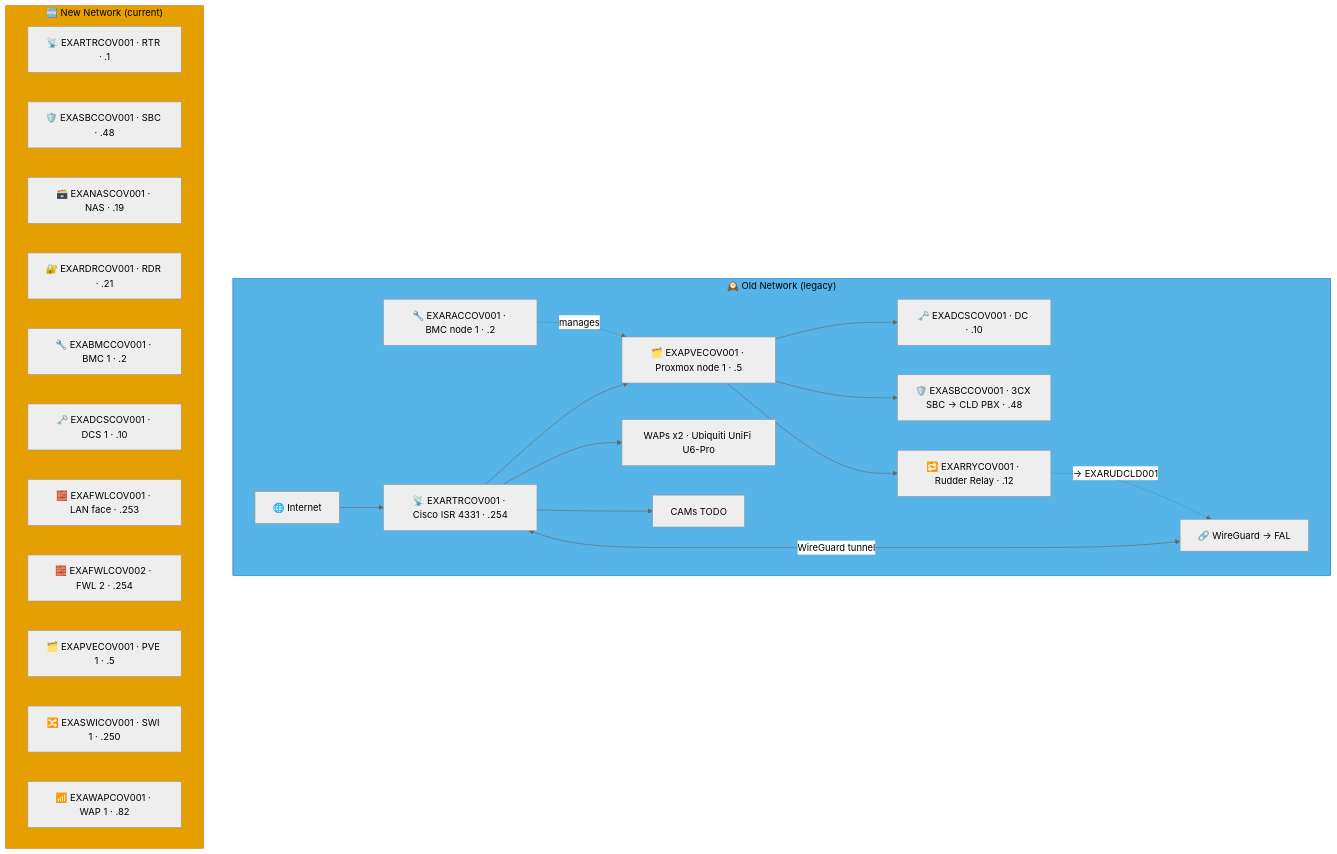
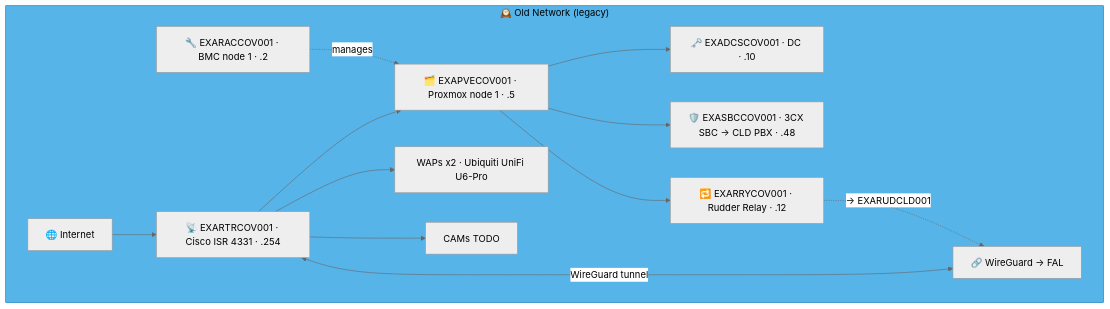
Diagram 17 of 18 in docs/network-diagram/england.md (knightmare2600/example_music_infra), drawn with Mermaid (neutral theme) before and after one commit. The commit also changed other lines of this file and 35 other files, not shown here.

````diff
--- a/docs/network-diagram/england.md
+++ b/docs/network-diagram/england.md
@@ -480,40 +688,24 @@
 ```mermaid
 graph TD
     subgraph OLD_COV ["🕰️ Old Network (legacy)"]
       INET["🌐 Internet"]
       RTR["📡 EXARTRCOV001 · Cisco ISR 4331 · .254"]
       RAC["🔧 EXARACCOV001 · BMC node 1 · .2"]
       PVE["🗂️ EXAPVECOV001 · Proxmox node 1 · .5"]
       DC["🗝️ EXADCSCOV001 · DC · .10"]
       SBC["🛡️ EXASBCCOV001 · 3CX SBC → CLD PBX · .48"]
       RRY["🔁 EXARRYCOV001 · Rudder Relay · .12"]
       WAP["WAPs x2 · Ubiquiti UniFi U6-Pro"]
       CAM["CAMs TODO"]
       VPN["🔗 WireGuard → FAL"]
 
       INET --> RTR --> PVE --> DC & SBC
       RAC -.->|"manages"| PVE
       RTR --> WAP & CAM
       RTR <-->|"WireGuard tunnel"| VPN
 
       PVE --> RRY
       RRY -. "→ EXARUDCLD001" .-> VPN
     end
     style OLD_COV fill:#56B4E9,stroke:#0072B2,color:#000000
-    %% GENERATED:NEW-NETWORK:COV:START
-    subgraph NEW_COV ["🆕 New Network (current)"]
-      N_RTR["📡 EXARTRCOV001 · RTR · .1"]
-      N_SBC["🛡️ EXASBCCOV001 · SBC · .48"]
-      N_NAS["🗃️ EXANASCOV001 · NAS · .19"]
-      N_RDR["🔐 EXARDRCOV001 · RDR · .21"]
-      N_BMC["🔧 EXABMCCOV001 · BMC 1 · .2"]
-      N_DCS["🗝️ EXADCSCOV001 · DCS 1 · .10"]
-      N_FWL["🧱 EXAFWLCOV001 · LAN face · .253"]
-      N_FWL2["🧱 EXAFWLCOV002 · FWL 2 · .254"]
-      N_PVE["🗂️ EXAPVECOV001 · PVE 1 · .5"]
-      N_SWI["🔀 EXASWICOV001 · SWI 1 · .250"]
-      N_WAP["📶 EXAWAPCOV001 · WAP 1 · .82"]
-    end
-    style NEW_COV fill:#E69F00,stroke:#D55E00,color:#000000
-    %% GENERATED:NEW-NETWORK:COV:END
 ```
````
